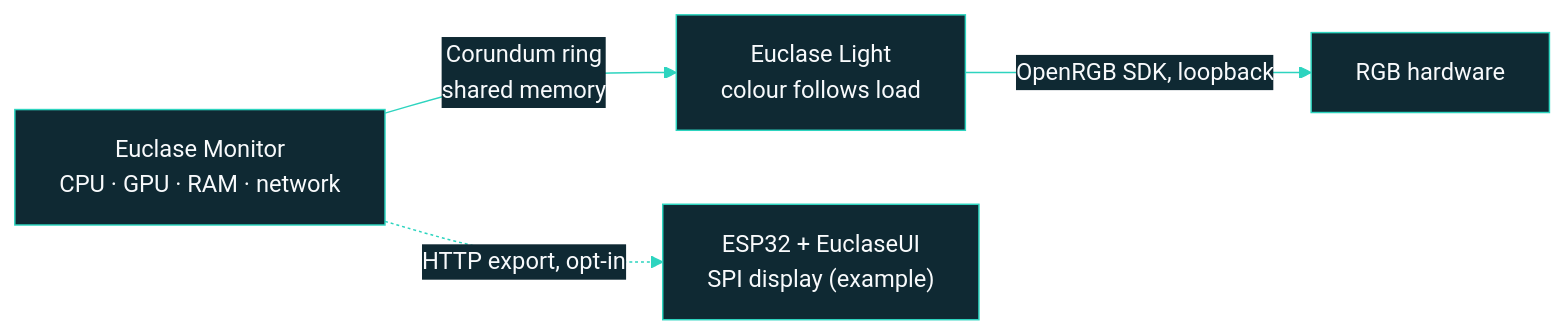
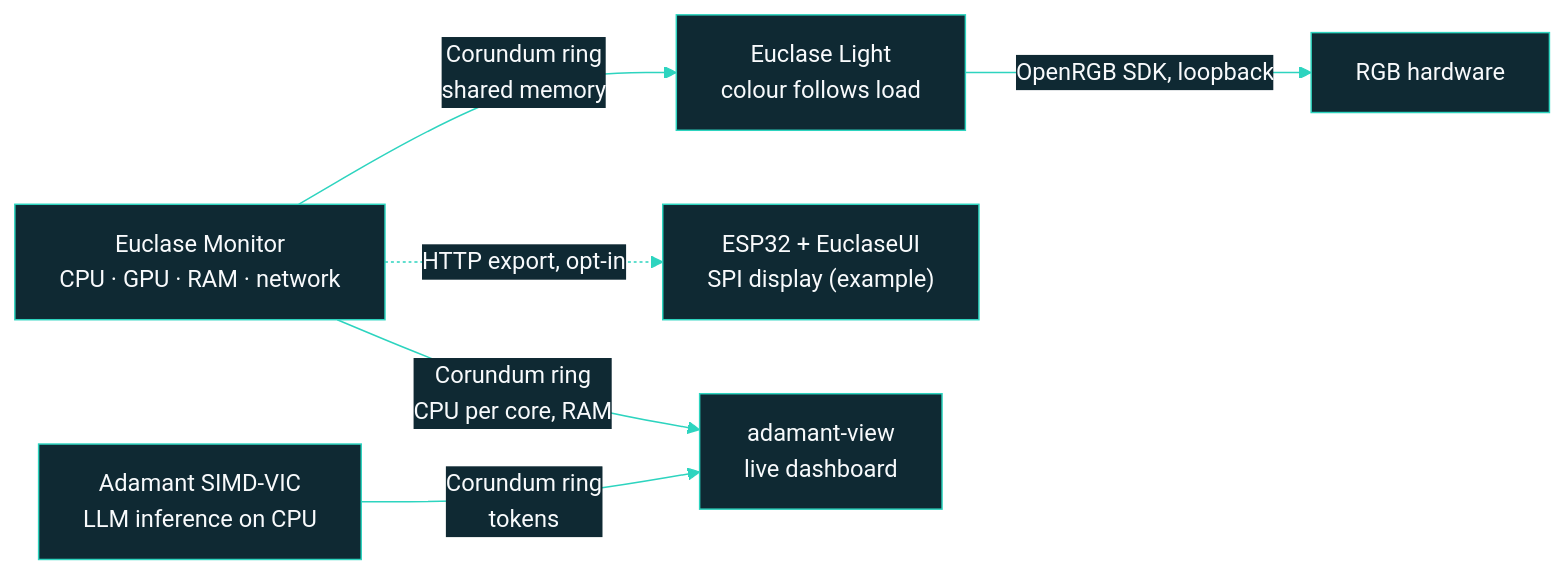
Before and after one commit to SemyonZamiakin/SemyonZamiakin: the diagram in README.md, drawn with Mermaid. The commit also changed other lines of this file, not shown here.

Commit message:
Profile README: add Adamant SIMD-VIC (featured card, numbers, ecosystem diagram)

````diff
--- a/README.md
+++ b/README.md
@@ -144,7 +164,9 @@
 ```mermaid
 %%{init: {'theme': 'base', 'themeVariables': {'primaryColor': '#0F2933', 'primaryTextColor': '#F8FAFC', 'primaryBorderColor': '#2DD4BF', 'lineColor': '#2DD4BF', 'edgeLabelBackground': '#0F2933', 'textColor': '#2DD4BF', 'fontFamily': 'Segoe UI, Helvetica, Arial, sans-serif'}}}%%
 flowchart LR
     M["Euclase Monitor<br/>CPU · GPU · RAM · network"] -- "Corundum ring<br/>shared memory" --> L["Euclase Light<br/>colour follows load"]
     L -- "OpenRGB SDK, loopback" --> H["RGB hardware"]
     M -. "HTTP export, opt-in" .-> E["ESP32 + EuclaseUI<br/>SPI display (example)"]
+    A["Adamant SIMD-VIC<br/>LLM inference on CPU"] -- "Corundum ring<br/>tokens" --> V["adamant-view<br/>live dashboard"]
+    M -- "Corundum ring<br/>CPU per core, RAM" --> V
 ```
````
